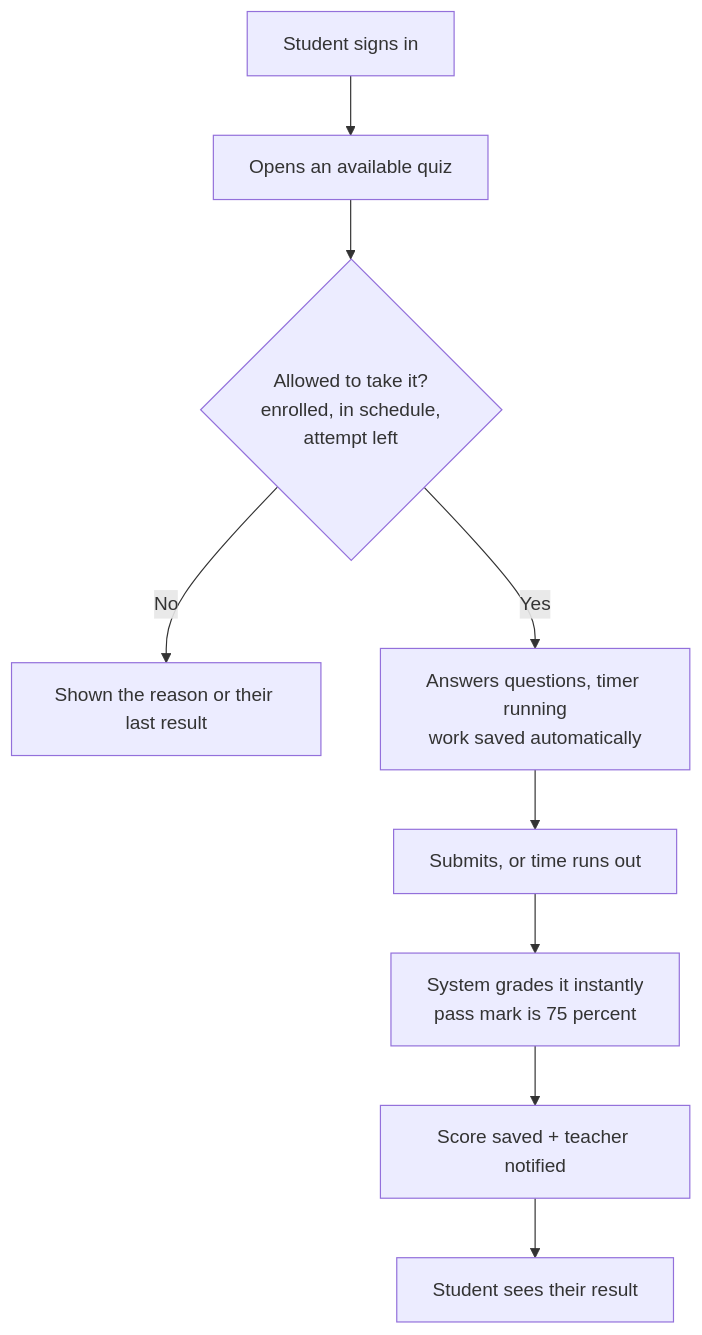
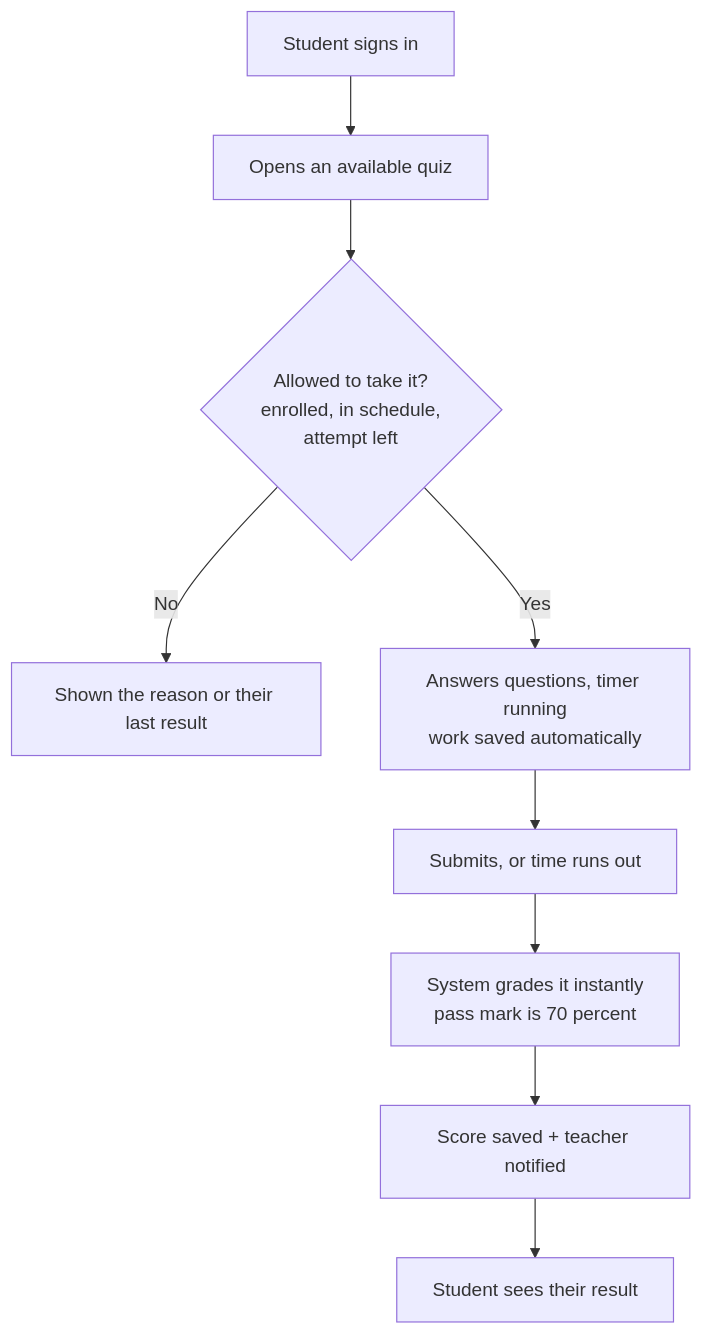
One commit to iChicoRito/Qyzen_v2 changed the first of 2 diagrams in docs/architecture/ARCHITECTURE_OVERVIEW.md. Above: the diagram before and after it, drawn with Mermaid. The commit also changed other lines of this file and 23 other files, not shown here.

````diff
--- a/docs/architecture/ARCHITECTURE_OVERVIEW.md
+++ b/docs/architecture/ARCHITECTURE_OVERVIEW.md
@@ -52,11 +52,11 @@
 ```mermaid
 flowchart TD
     A[Student signs in] --> B[Opens an available quiz]
     B --> C{Allowed to take it?<br/>enrolled, in schedule,<br/>attempt left}
     C -->|No| D[Shown the reason or their last result]
     C -->|Yes| E[Answers questions, timer running<br/>work saved automatically]
     E --> F[Submits, or time runs out]
-    F --> G[System grades it instantly<br/>pass mark is 75 percent]
+    F --> G[System grades it instantly<br/>pass mark is 70 percent]
     G --> H[Score saved + teacher notified]
     H --> I[Student sees their result]
 ```
````
